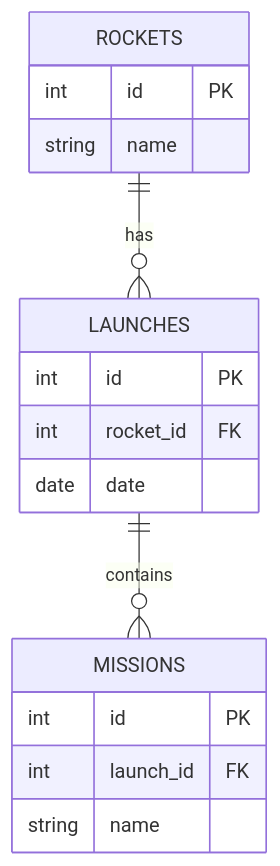
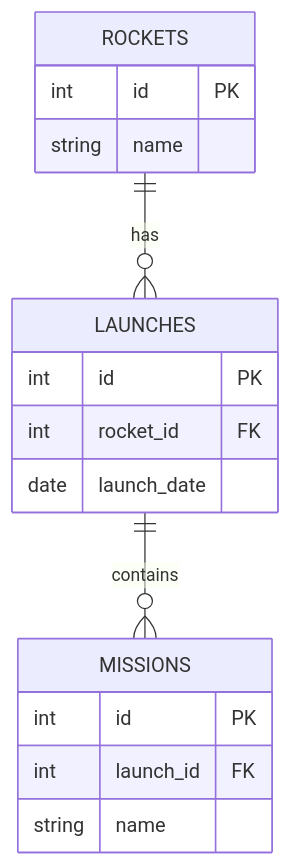
The third of 4 diagrams in README.md (RicsonRamos/spacex_etl_pipeline), drawn with Mermaid before and after one commit. The commit also changed other lines of this file, not shown here.

````diff
--- a/README.md
+++ b/README.md
@@ -53,19 +50,19 @@
 ```mermaid
 erDiagram
     ROCKETS {
         int id PK
         string name
     }
     LAUNCHES {
         int id PK
         int rocket_id FK
-        date date
+        date launch_date
     }
     MISSIONS {
         int id PK
         int launch_id FK
         string name
     }
     ROCKETS ||--o{ LAUNCHES : has
     LAUNCHES ||--o{ MISSIONS : contains
 ```
````
